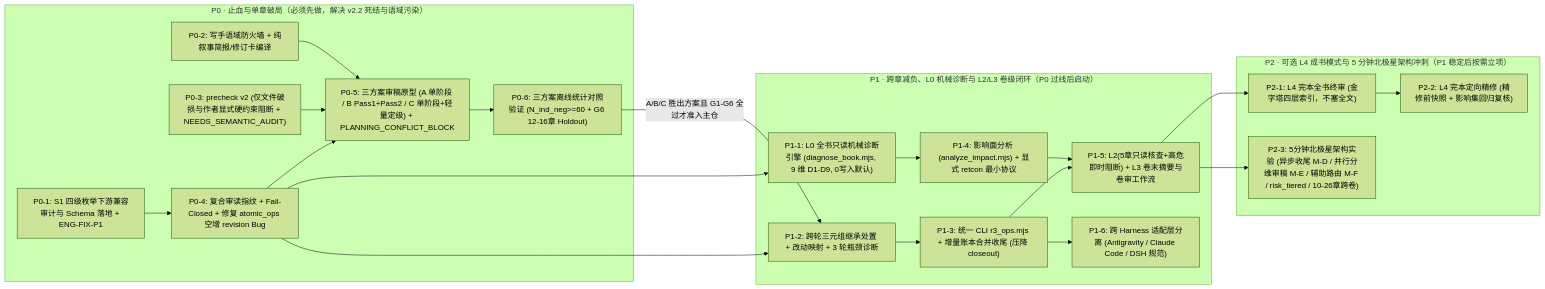
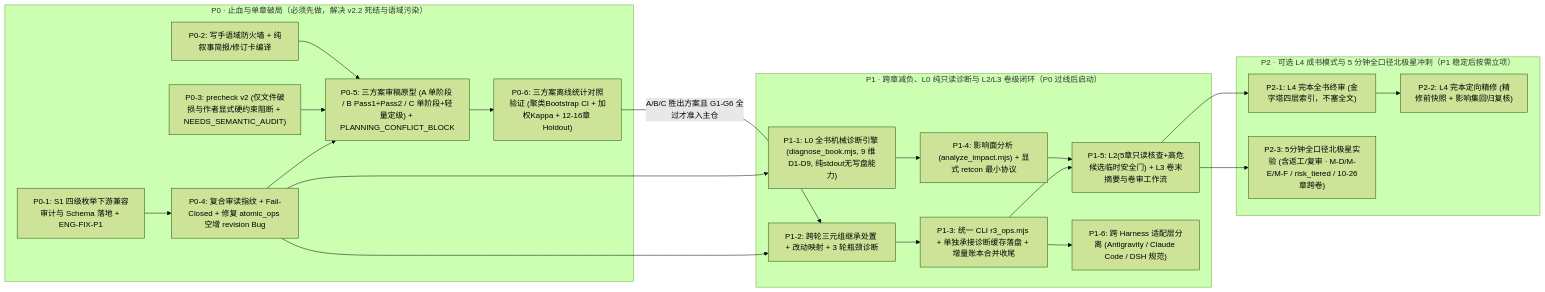
One commit to chindden/chinese-novelist-skill changed the diagram in docs/r3/review-v3/07-P0-P1-P2开发任务与依赖关系.md. Above: the diagram before and after it, drawn with Mermaid (forest theme). The commit also changed other lines of this file and 10 other files, not shown here.

Commit message:
docs(r3): revise R3 review architecture v3 package to v1.2 (freeze-ready)

````diff
--- a/docs/r3/review-v3/07-P0-P1-P2开发任务与依赖关系.md
+++ b/docs/r3/review-v3/07-P0-P1-P2开发任务与依赖关系.md
@@ -11,38 +11,38 @@
 ```mermaid
 flowchart LR
     subgraph P0["P0 · 止血与单章破局（必须先做，解决 v2.2 死结与语域污染）"]
         P0_1["P0-1: S1 四级枚举下游兼容审计与 Schema 落地 + ENG-FIX-P1"]
         P0_2["P0-2: 写手语域防火墙 + 纯叙事简报/修订卡编译"]
         P0_3["P0-3: precheck v2 (仅文件破损与作者显式硬约束阻断 + NEEDS_SEMANTIC_AUDIT)"]
         P0_4["P0-4: 复合审读指纹 + Fail-Closed + 修复 atomic_ops 空增 revision Bug"]
         P0_5["P0-5: 三方案审稿原型 (A 单阶段 / B Pass1+Pass2 / C 单阶段+轻量定级) + PLANNING_CONFLICT_BLOCK"]
-        P0_6["P0-6: 三方案离线统计对照验证 (N_ind_neg>=60 + G6 12-16章 Holdout)"]
+        P0_6["P0-6: 三方案离线统计对照验证 (聚类Bootstrap CI + 加权Kappa + 12-16章 Holdout)"]
     end
 
-    subgraph P1["P1 · 跨章减负、L0 机械诊断与 L2/L3 卷级闭环（P0 过线后启动）"]
-        P1_1["P1-1: L0 全书只读机械诊断引擎 (diagnose_book.mjs, 9 维 D1-D9, 0写入默认)"]
+    subgraph P1["P1 · 跨章减负、L0 纯只读诊断与 L2/L3 卷级闭环（P0 过线后启动）"]
+        P1_1["P1-1: L0 全书机械诊断引擎 (diagnose_book.mjs, 9 维 D1-D9, 纯stdout无写盘能力)"]
         P1_2["P1-2: 跨轮三元组继承处置 + 改动映射 + 3 轮瓶颈诊断"]
-        P1_3["P1-3: 统一 CLI r3_ops.mjs + 增量账本合并收尾 (压降 closeout)"]
+        P1_3["P1-3: 统一 CLI r3_ops.mjs + 单独承接诊断缓存落盘 + 增量账本合并收尾"]
         P1_4["P1-4: 影响面分析 (analyze_impact.mjs) + 显式 retcon 最小协议"]
-        P1_5["P1-5: L2(5章只读核查+高危即时阻断) + L3 卷末摘要与卷审工作流"]
+        P1_5["P1-5: L2(5章只读核查+高危候选临时安全门) + L3 卷末摘要与卷审工作流"]
         P1_6["P1-6: 跨 Harness 适配层分离 (Antigravity / Claude Code / DSH 规范)"]
     end
 
-    subgraph P2["P2 · 可选 L4 成书模式与 5 分钟北极星架构冲刺（P1 稳定后按需立项）"]
+    subgraph P2["P2 · 可选 L4 成书模式与 5 分钟全口径北极星冲刺（P1 稳定后按需立项）"]
         P2_1["P2-1: L4 完本全书终审 (金字塔四层索引，不塞全文)"]
         P2_2["P2-2: L4 完本定向精修 (精修前快照 + 影响集回归复核)"]
-        P2_3["P2-3: 5分钟北极星架构实验 (异步收尾 M-D / 并行分维审稿 M-E / 辅助路由 M-F / risk_tiered / 10-26章跨卷)"]
+        P2_3["P2-3: 5分钟全口径北极星实验 (含返工/复审 · M-D/M-E/M-F / risk_tiered / 10-26章跨卷)"]
     end
 
     P0_1 --> P0_4 --> P0_5
     P0_3 --> P0_5 --> P0_6
     P0_2 --> P0_5
     P0_6 -->|"A/B/C 胜出方案且 G1-G6 全过才准入主仓"| P1_2
     P0_4 --> P1_1
     P0_4 --> P1_2 --> P1_3
     P1_1 --> P1_4 --> P1_5
     P1_3 --> P1_5
     P1_3 --> P1_6
     P1_5 --> P2_1 --> P2_2
     P1_5 --> P2_3
 ```
````
